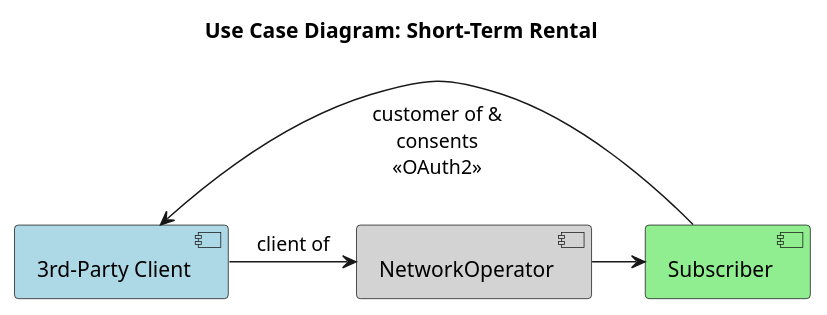
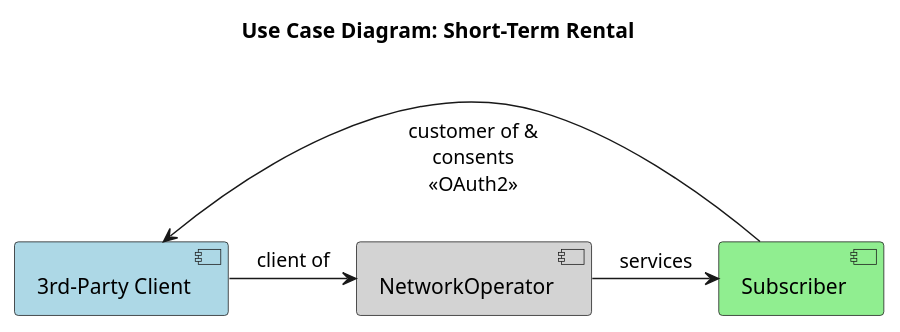
Before and after one commit to camaraproject/WorkingGroups: the first of 2 diagrams in APIBacklog/documentation/SupportingDocuments/others/cpe-management-api/use-case-short-term-rental.puml, drawn with PlantUML. The commit also changed 4 other files, not shown here.

```diff
--- a/APIBacklog/documentation/SupportingDocuments/others/cpe-management-api/use-case-short-term-rental.puml
+++ b/APIBacklog/documentation/SupportingDocuments/others/cpe-management-api/use-case-short-term-rental.puml
@@ -1,11 +1,11 @@
 @startuml
 title Use Case Diagram: Short-Term Rental
 
 [3rd-Party Client] #LightBlue
 [NetworkOperator] #LightGray
 [Subscriber] #LightGreen
 [3rd-Party Client] -> [NetworkOperator]: \nclient of
-[NetworkOperator] -> [Subscriber]
+[NetworkOperator] -> [Subscriber]: services
 [Subscriber] -> [3rd-Party Client] : \ncustomer of &\nconsents\n<<OAuth2>>
 
 @enduml
```
